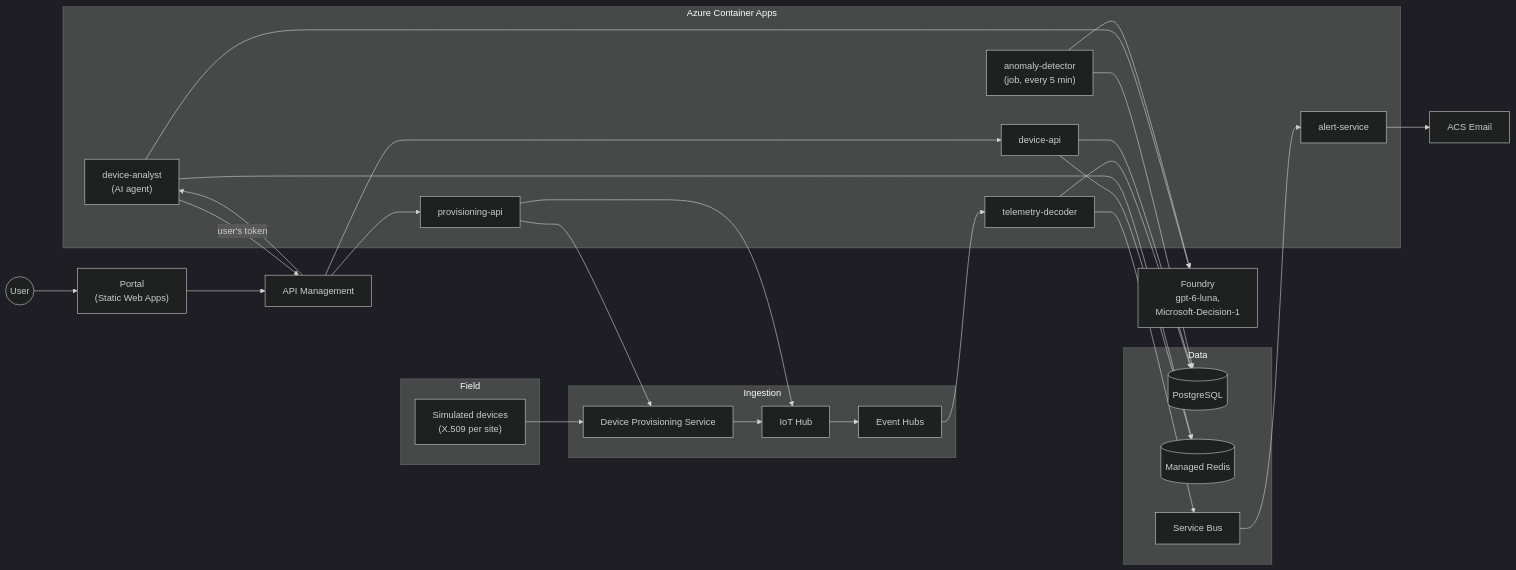
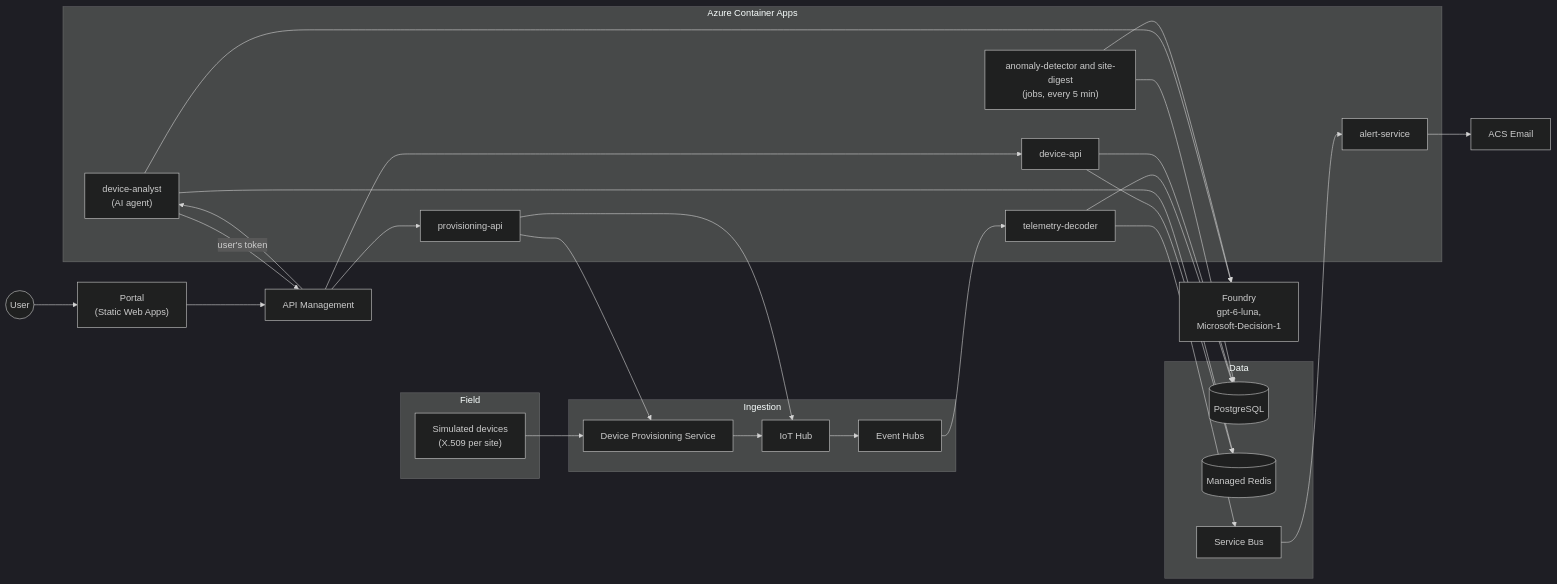
One commit to ikhemissi/smart-device-platform-sample changed the first of 11 diagrams in README.md. Above: the diagram before and after it, drawn with Mermaid (dark theme). The commit also changed other lines of this file and 5 other files, not shown here.

Commit message:
docs: M8 site digest in README, guidelines, AGENTS, detector README and demo guide (M8 6.1, 6.2)

````diff
--- a/README.md
+++ b/README.md
@@ -26,36 +27,36 @@
 ```mermaid
 flowchart LR
   subgraph Field
     DEV["Simulated devices<br/>(X.509 per site)"]
   end
   subgraph Ingestion
     DPS[Device Provisioning Service]
     IOT[IoT Hub]
     EH[Event Hubs]
   end
   subgraph Apps["Azure Container Apps"]
     DEC[telemetry-decoder]
     API[device-api]
     PROV[provisioning-api]
     ALERT[alert-service]
     AGENT["device-analyst<br/>(AI agent)"]
-    DET["anomaly-detector<br/>(job, every 5 min)"]
+    DET["anomaly-detector and site-digest<br/>(jobs, every 5 min)"]
   end
   subgraph Data
     PG[(PostgreSQL)]
     REDIS[(Managed Redis)]
     SB[Service Bus]
   end
   USER((User)) --> SPA["Portal<br/>(Static Web Apps)"]
   SPA --> APIM[API Management]
   APIM --> API & PROV & AGENT
   DEV --> DPS --> IOT --> EH --> DEC --> PG
   DEC --> SB --> ALERT --> ACS[ACS Email]
   API --> PG & REDIS
   PROV --> DPS & IOT
   AGENT --> FOUNDRY["Foundry<br/>gpt-6-luna,<br/>Microsoft-Decision-1"]
   DET --> PG
   DET --> FOUNDRY
   AGENT -->|"user's token"| APIM
   AGENT --> REDIS
 ```
````
